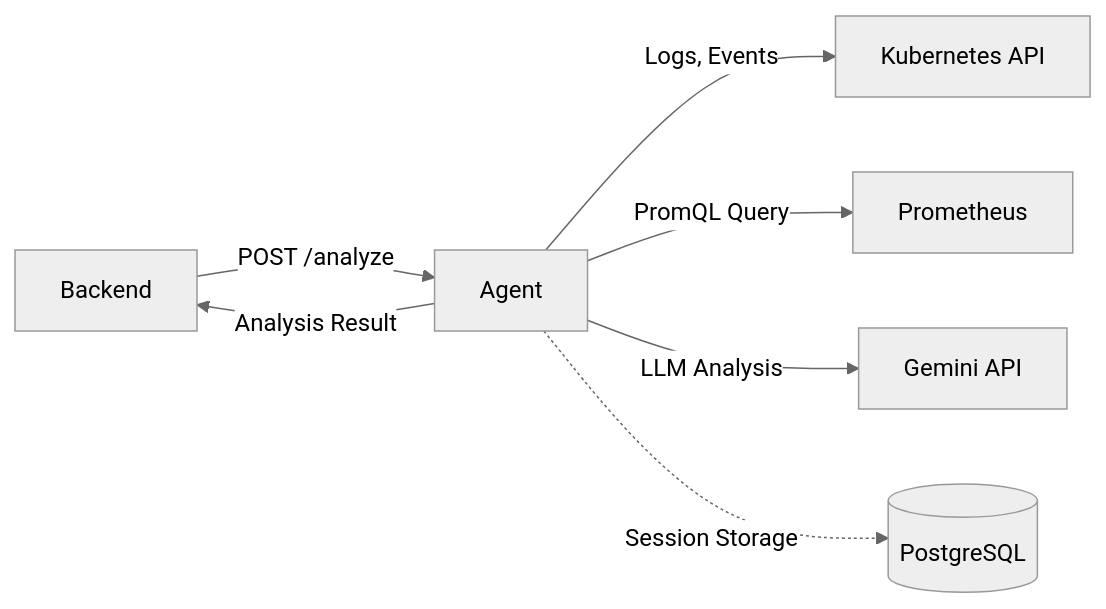
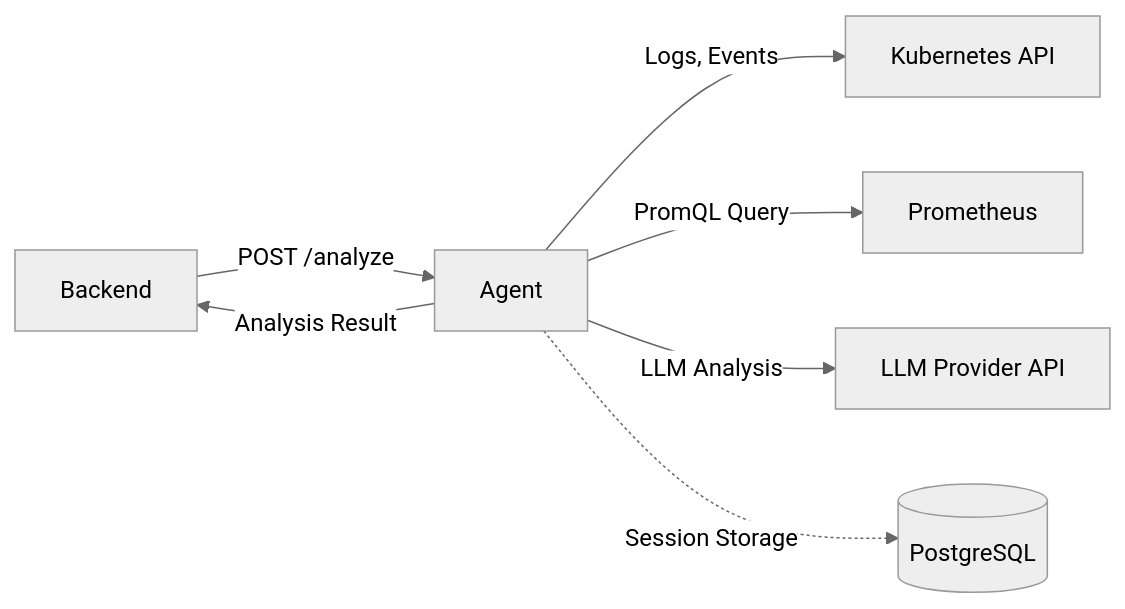
The diagram in agent/README.md (kube-rca/kuberca), drawn with Mermaid (neutral theme) before and after one commit. The commit also changed other lines of this file and 4 other files, not shown here.

````diff
--- a/agent/README.md
+++ b/agent/README.md
@@ -36,9 +36,9 @@
 ```mermaid
 flowchart LR
   BE[Backend] -->|POST /analyze| AG[Agent]
   AG -->|Logs, Events| K8S[Kubernetes API]
   AG -->|PromQL Query| PR[Prometheus]
-  AG -->|LLM Analysis| LLM[Gemini API]
+  AG -->|LLM Analysis| LLM[LLM Provider API]
   AG -.->|Session Storage| PG[(PostgreSQL)]
   AG -->|Analysis Result| BE
 ```
````
